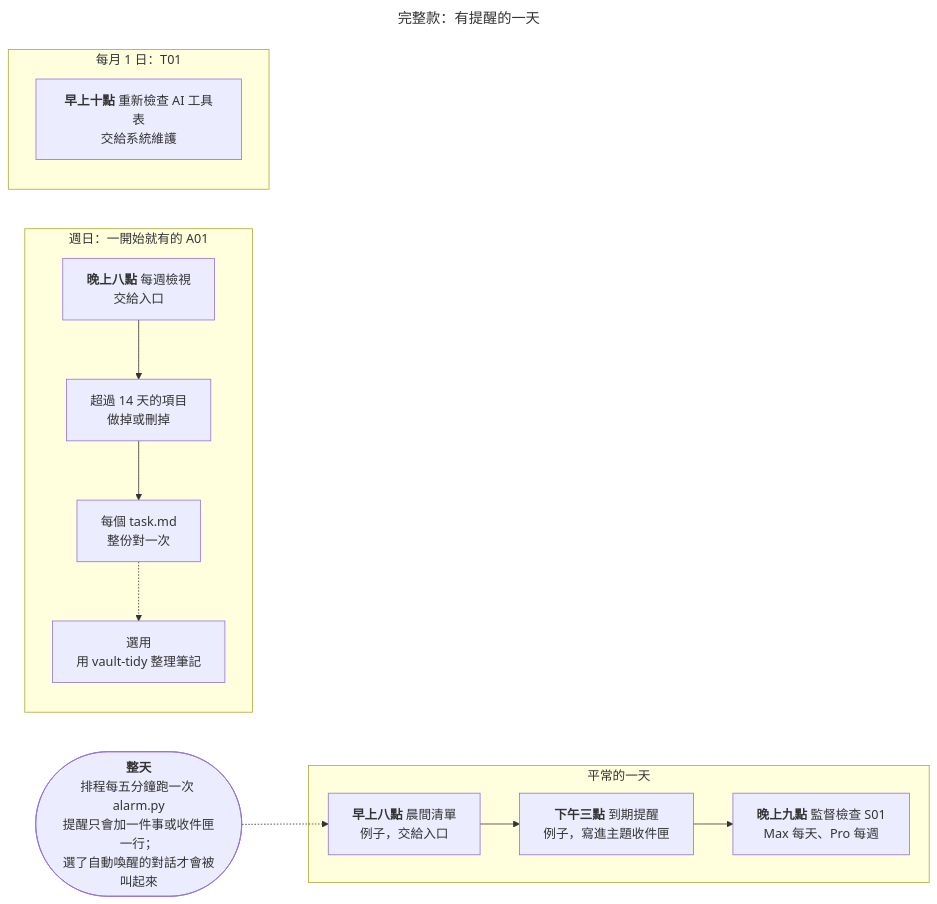
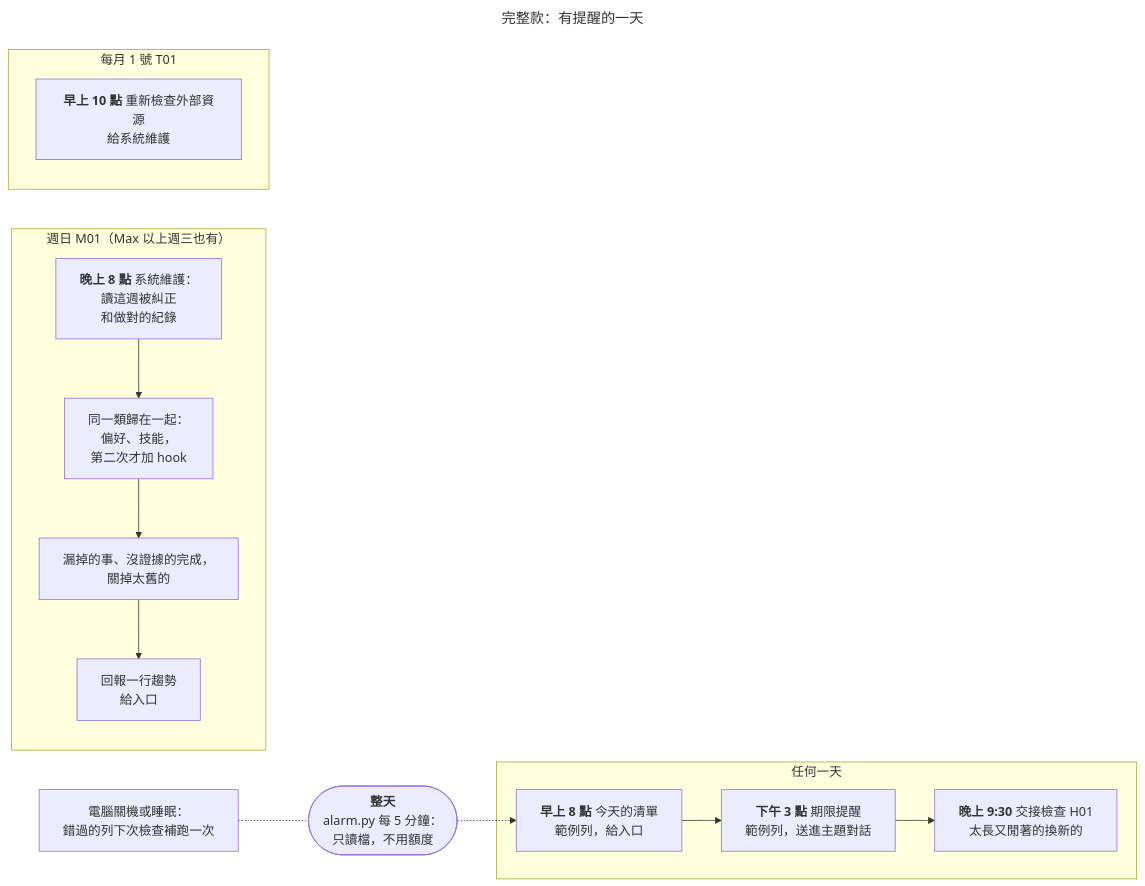
The fourth of 6 diagrams in docs/zh-TW/進階功能.md (0Smallcat0/second-brain-kit), drawn with Mermaid before and after one commit. The commit also changed other lines of this file and 61 other files, not shown here.

````diff
--- a/docs/zh-TW/進階功能.md
+++ b/docs/zh-TW/進階功能.md
@@ -173,19 +191,19 @@
 ```mermaid
 ---
 title: "完整款：有提醒的一天"
 ---
 flowchart LR
-  Tick(["<b>整天</b><br/>排程每五分鐘跑一次 alarm.py<br/>提醒只會加一件事或收件匣一行；<br/>選了自動喚醒的對話才會被叫起來"])
+  Tick(["<b>整天</b><br/>alarm.py 每 5 分鐘：<br/>只讀檔，不用額度"])
   Tick -.-> M
-  subgraph Day["平常的一天"]
-    M["<b>早上八點</b> 晨間清單<br/>例子，交給入口"] --> R["<b>下午三點</b> 到期提醒<br/>例子，寫進主題收件匣"]
-    R --> SV["<b>晚上九點</b> 監督檢查 S01<br/>Max 每天、Pro 每週"]
+  subgraph Day["任何一天"]
+    M["<b>早上 8 點</b> 今天的清單<br/>範例列，給入口"] --> R["<b>下午 3 點</b> 期限提醒<br/>範例列，送進主題對話"]
+    R --> H["<b>晚上 9:30</b> 交接檢查 H01<br/>太長又閒著的換新的"]
   end
-  subgraph Sun["週日：一開始就有的 A01"]
-    W["<b>晚上八點</b> 每週檢視<br/>交給入口"] --> W1["超過 14 天的項目<br/>做掉或刪掉"] --> W2["每個 task.md<br/>整份對一次"]
-    W2 -.-> W3["選用<br/>用 vault-tidy 整理筆記"]
+  subgraph Sun["週日 M01（Max 以上週三也有）"]
+    W["<b>晚上 8 點</b> 系統維護：<br/>讀這週被糾正<br/>和做對的紀錄"] --> W1["同一類歸在一起：<br/>偏好、技能，<br/>第二次才加 hook"] --> W2["漏掉的事、沒證據的完成，<br/>關掉太舊的"] --> W3["回報一行趨勢<br/>給入口"]
   end
-  subgraph Month["每月 1 日：T01"]
-    T1["<b>早上十點</b> 重新檢查 AI 工具表<br/>交給系統維護"]
+  subgraph Month["每月 1 號 T01"]
+    T1["<b>早上 10 點</b> 重新檢查外部資源<br/>給系統維護"]
   end
+  Off["電腦關機或睡眠：<br/>錯過的列下次檢查補跑一次"] -.- Tick
 ```
````
